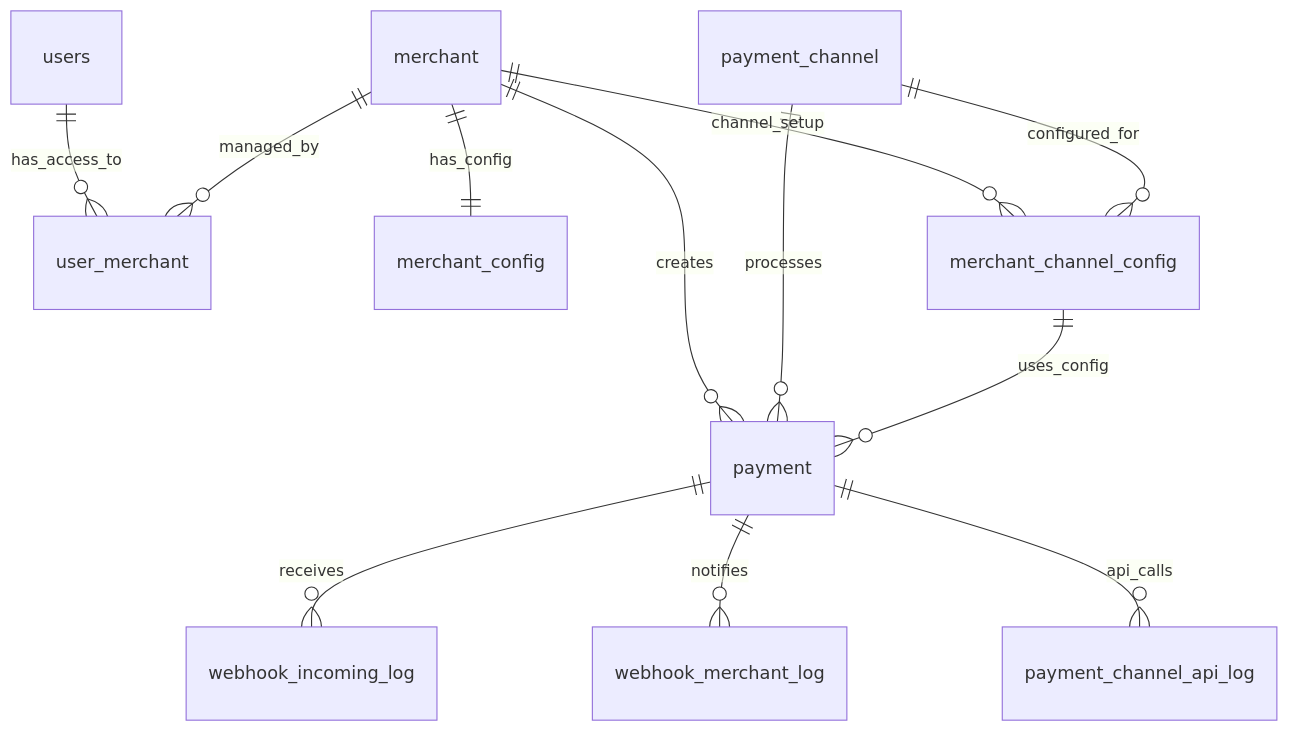
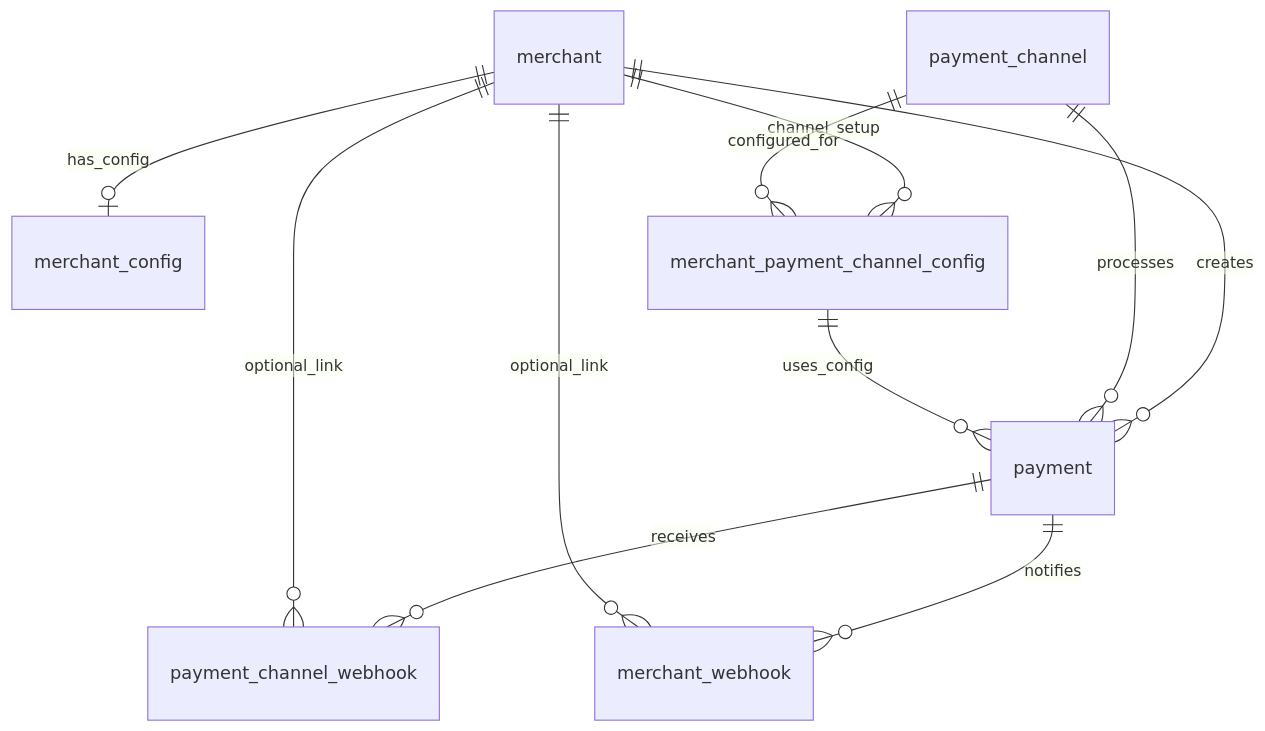
One commit to runalb/digi-payment-gateway changed the first of 2 diagrams in docs/DATABASE.md. Above: the diagram before and after it, drawn with Mermaid. The commit also changed other lines of this file and 6 other files, not shown here.

First line of the commit message:
Add ARCHITECTURE.md; update client & DB docs

````diff
--- a/docs/DATABASE.md
+++ b/docs/DATABASE.md
@@ -26,17 +41,15 @@
 ```mermaid
 erDiagram
-  users ||--o{ user_merchant : has_access_to
-  merchant ||--o{ user_merchant : managed_by
-
-  merchant ||--|| merchant_config : has_config
-  merchant ||--o{ merchant_channel_config : channel_setup
-  payment_channel ||--o{ merchant_channel_config : configured_for
+  merchant ||--o| merchant_config : has_config
+  merchant ||--o{ merchant_payment_channel_config : channel_setup
+  payment_channel ||--o{ merchant_payment_channel_config : configured_for
 
   merchant ||--o{ payment : creates
   payment_channel ||--o{ payment : processes
-  merchant_channel_config ||--o{ payment : uses_config
+  merchant_payment_channel_config ||--o{ payment : uses_config
 
-  payment ||--o{ webhook_incoming_log : receives
-  payment ||--o{ webhook_merchant_log : notifies
-  payment ||--o{ payment_channel_api_log : api_calls
+  payment ||--o{ payment_channel_webhook : receives
+  payment ||--o{ merchant_webhook : notifies
+  merchant ||--o{ merchant_webhook : optional_link
+  merchant ||--o{ payment_channel_webhook : optional_link
 ```
````
